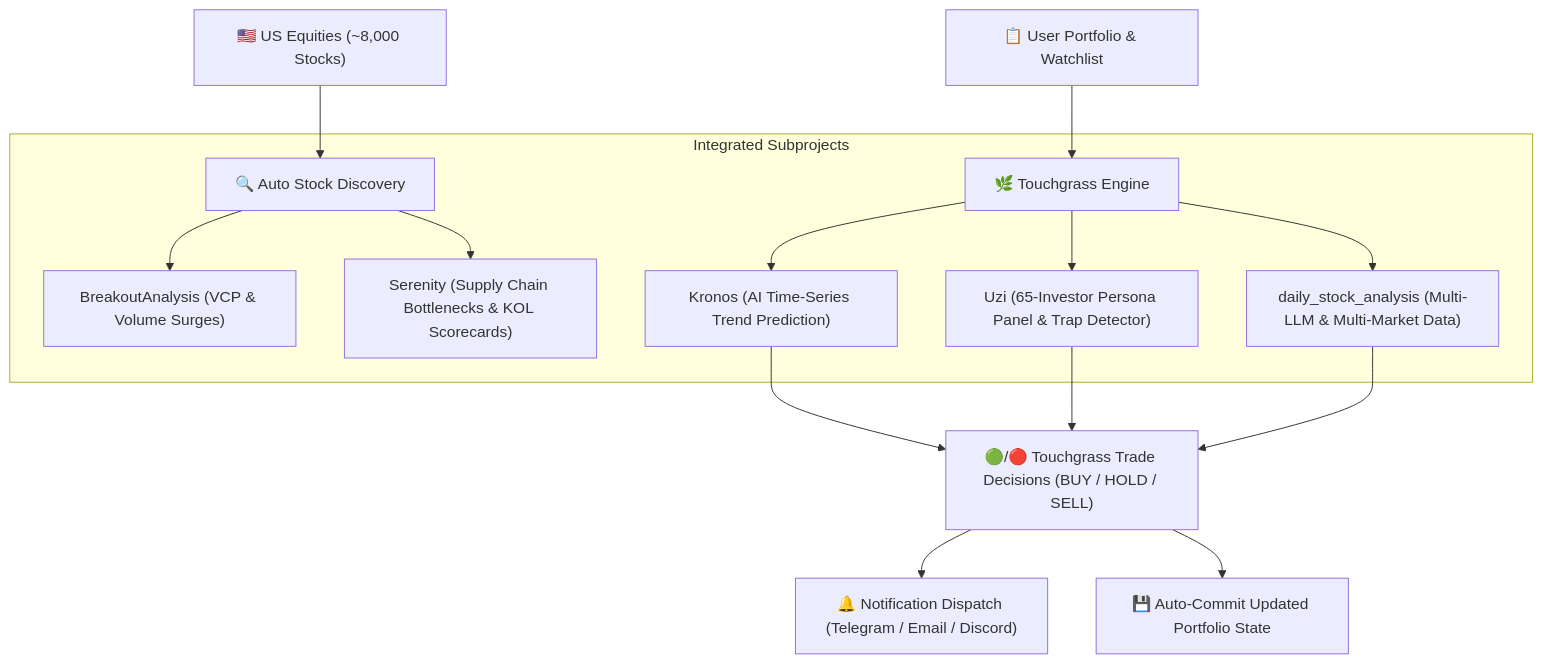
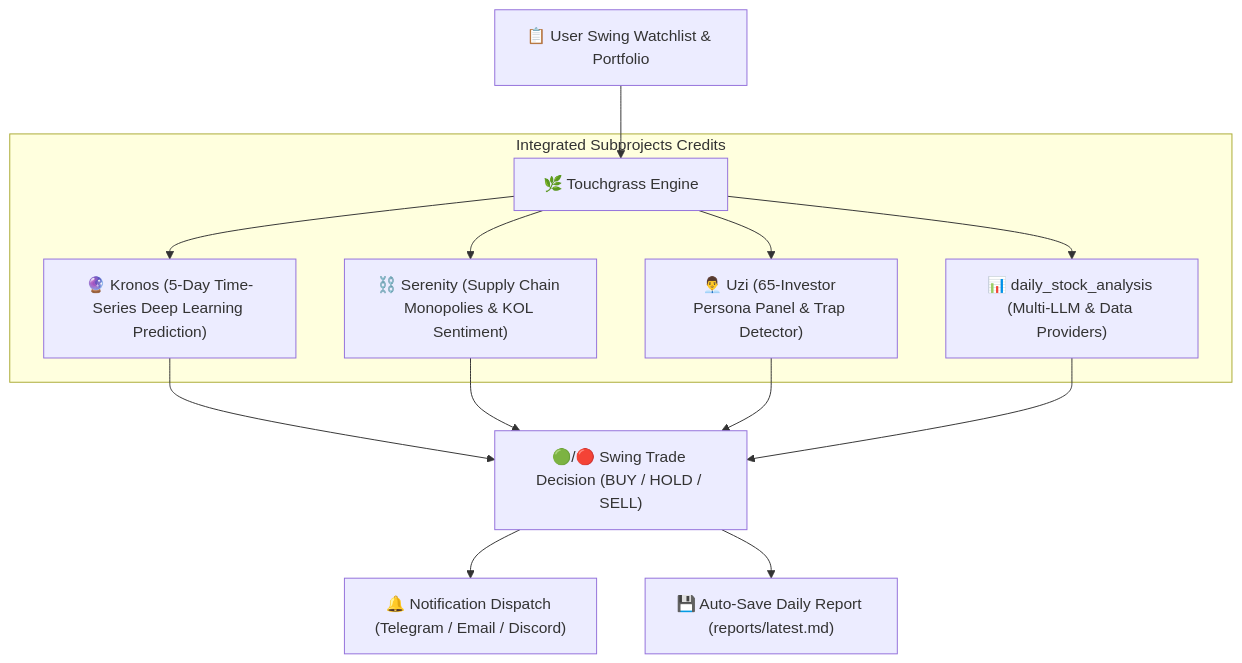
One commit to SoraShare/touchgrass-live changed the diagram in README.md. Above: the diagram before and after it, drawn with Mermaid. The commit also changed other lines of this file and 1572 other files, not shown here.

Commit message:
feat: embed full subprojects, Swing Trading strategy focus, and report persistence

````diff
--- a/README.md
+++ b/README.md
@@ -125,17 +141,15 @@
 ```mermaid
 flowchart TD
-    USMarket["🇺🇸 US Equities (~8,000 Stocks)"] --> Scanner["🔍 Auto Stock Discovery"]
-    Watchlist["📋 User Portfolio & Watchlist"] --> Evaluator["🌿 Touchgrass Engine"]
+    Watchlist["📋 User Swing Watchlist & Portfolio"] --> Engine["🌿 Touchgrass Engine"]
     
-    subgraph Integrated Subprojects
-        Scanner --> Breakout["BreakoutAnalysis (VCP & Volume Surges)"]
-        Scanner --> Serenity["Serenity (Supply Chain Bottlenecks & KOL Scorecards)"]
-        Evaluator --> Kronos["Kronos (AI Time-Series Trend Prediction)"]
-        Evaluator --> UziPanel["Uzi (65-Investor Persona Panel & Trap Detector)"]
-        Evaluator --> DSA["daily_stock_analysis (Multi-LLM & Multi-Market Data)"]
+    subgraph Integrated Subprojects Credits
+        Engine --> Kronos["🔮 Kronos (5-Day Time-Series Deep Learning Prediction)"]
+        Engine --> Serenity["⛓️ Serenity (Supply Chain Monopolies & KOL Sentiment)"]
+        Engine --> Uzi["👨‍💼 Uzi (65-Investor Persona Panel & Trap Detector)"]
+        Engine --> DSA["📊 daily_stock_analysis (Multi-LLM & Data Providers)"]
     end
     
-    Kronos & UziPanel & DSA --> Decision["🟢/🔴 Touchgrass Trade Decisions (BUY / HOLD / SELL)"]
+    Kronos & Serenity & Uzi & DSA --> Decision["🟢/🔴 Swing Trade Decision (BUY / HOLD / SELL)"]
     Decision --> Notifier["🔔 Notification Dispatch (Telegram / Email / Discord)"]
-    Decision --> AutoCommit["💾 Auto-Commit Updated Portfolio State"]
+    Decision --> ReportFile["💾 Auto-Save Daily Report (reports/latest.md)"]
 ```
````
